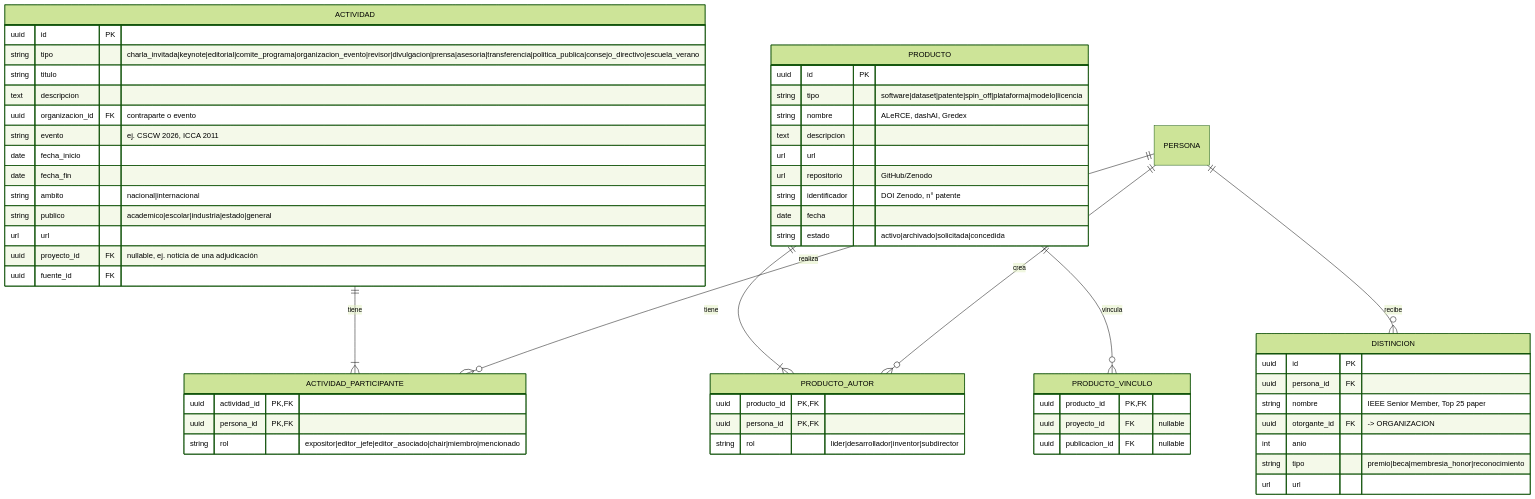
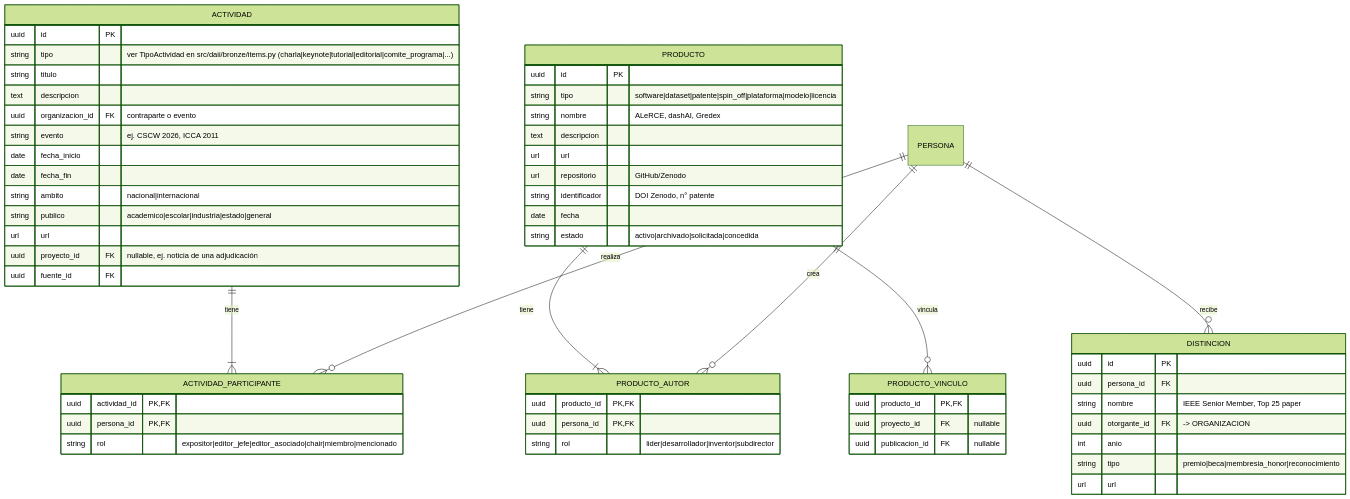
Before and after one commit to DCC-FCFM-UCHILE/daii-pipelines: the seventh of 8 diagrams in docs/modelo_datos.md, drawn with Mermaid (forest theme). The commit also changed 61 other files, not shown here.

````diff
--- a/docs/modelo_datos.md
+++ b/docs/modelo_datos.md
@@ -361,59 +361,59 @@
 ```mermaid
 erDiagram
     ACTIVIDAD {
         uuid id PK
-        string tipo "charla_invitada|keynote|editorial|comite_programa|organizacion_evento|revisor|divulgacion|prensa|asesoria|transferencia|politica_publica|consejo_directivo|escuela_verano"
+        string tipo "ver TipoActividad en src/daii/bronze/items.py (charla|keynote|tutorial|editorial|comite_programa|...)"
         string titulo
         text descripcion
         uuid organizacion_id FK "contraparte o evento"
         string evento "ej. CSCW 2026, ICCA 2011"
         date fecha_inicio
         date fecha_fin
         string ambito "nacional|internacional"
         string publico "academico|escolar|industria|estado|general"
         url url
         uuid proyecto_id FK "nullable, ej. noticia de una adjudicación"
         uuid fuente_id FK
     }
     ACTIVIDAD_PARTICIPANTE {
         uuid actividad_id PK, FK
         uuid persona_id PK, FK
         string rol "expositor|editor_jefe|editor_asociado|chair|miembro|mencionado"
     }
     PRODUCTO {
         uuid id PK
         string tipo "software|dataset|patente|spin_off|plataforma|modelo|licencia"
         string nombre "ALeRCE, dashAI, Gredex"
         text descripcion
         url url
         url repositorio "GitHub/Zenodo"
         string identificador "DOI Zenodo, n° patente"
         date fecha
         string estado "activo|archivado|solicitada|concedida"
     }
     PRODUCTO_AUTOR {
         uuid producto_id PK, FK
         uuid persona_id PK, FK
         string rol "lider|desarrollador|inventor|subdirector"
     }
     PRODUCTO_VINCULO {
         uuid producto_id PK, FK
         uuid proyecto_id FK "nullable"
         uuid publicacion_id FK "nullable"
     }
     DISTINCION {
         uuid id PK
         uuid persona_id FK
         string nombre "IEEE Senior Member, Top 25 paper"
         uuid otorgante_id FK "-> ORGANIZACION"
         int anio
         string tipo "premio|beca|membresia_honor|reconocimiento"
         url url
     }
     ACTIVIDAD ||--|{ ACTIVIDAD_PARTICIPANTE : tiene
     PERSONA ||--o{ ACTIVIDAD_PARTICIPANTE : realiza
     PRODUCTO ||--|{ PRODUCTO_AUTOR : tiene
     PERSONA ||--o{ PRODUCTO_AUTOR : crea
     PRODUCTO ||--o{ PRODUCTO_VINCULO : vincula
     PERSONA ||--o{ DISTINCION : recibe
 ```
````
